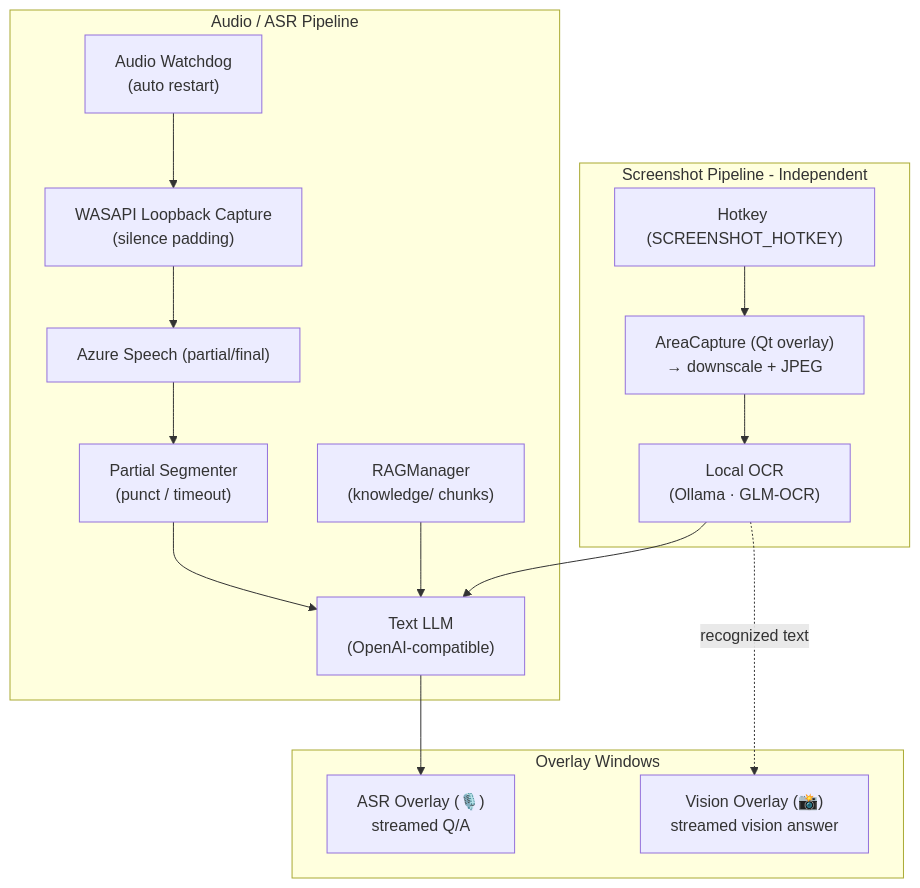
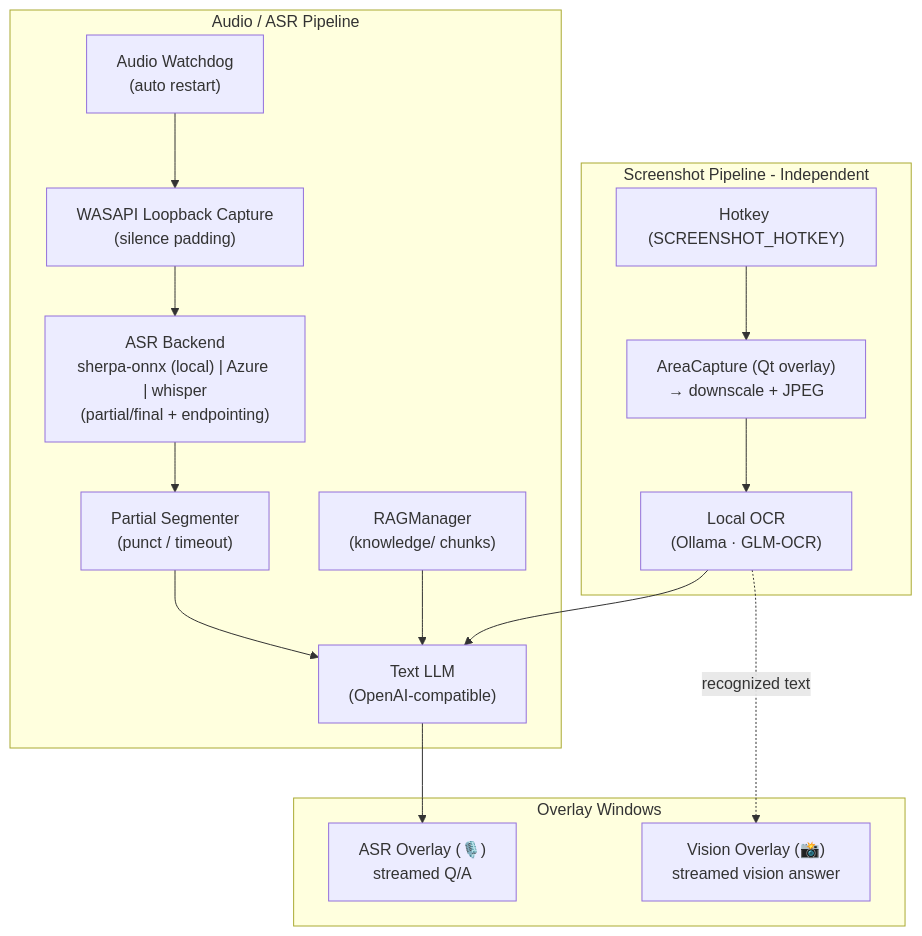
One commit to faketut/GhostPilot changed the first of 2 diagrams in README.md. Above: the diagram before and after it, drawn with Mermaid. The commit also changed other lines of this file and 26 other files, not shown here.

First line of the commit message:
feat(v0.10.0): local sherpa-onnx ASR, hotkey normalisation, OCR hardening

````diff
--- a/README.md
+++ b/README.md
@@ -39,29 +47,29 @@
 ```mermaid
 flowchart TD
   subgraph UI[Overlay Windows]
     ASR_UI["ASR Overlay (🎙️)<br/>streamed Q/A"]
     V_UI["Vision Overlay (📸)<br/>streamed vision answer"]
   end
 
   subgraph Audio[Audio / ASR Pipeline]
     AC["WASAPI Loopback Capture<br/>(silence padding)"]
     WD["Audio Watchdog<br/>(auto restart)"]
-    AZ["Azure Speech (partial/final)"]
+    AZ["ASR Backend<br/>sherpa-onnx (local) | Azure | whisper<br/>(partial/final + endpointing)"]
     SEG["Partial Segmenter<br/>(punct / timeout)"]
     RAG["RAGManager<br/>(knowledge/ chunks)"]
     TEXTLLM["Text LLM<br/>(OpenAI-compatible)"]
   end
 
   subgraph Vision[Screenshot Pipeline - Independent]
     HKP["Hotkey (SCREENSHOT_HOTKEY)"]
     CAP["AreaCapture (Qt overlay)<br/>→ downscale + JPEG"]
     OCR["Local OCR<br/>(Ollama · GLM-OCR)"]
   end
 
   AC --> AZ --> SEG --> TEXTLLM --> ASR_UI
   WD --> AC
   RAG --> TEXTLLM
 
   HKP --> CAP --> OCR --> TEXTLLM
   OCR -. "recognized text" .-> V_UI
 ```
````
